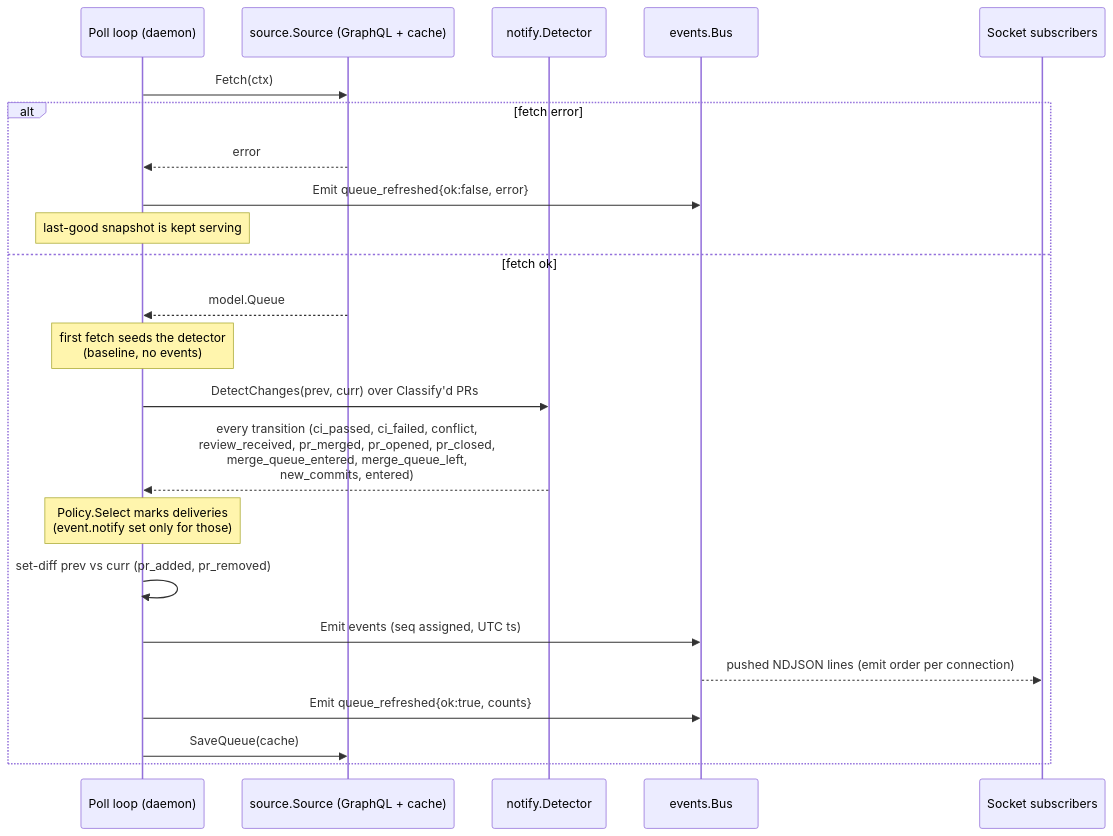
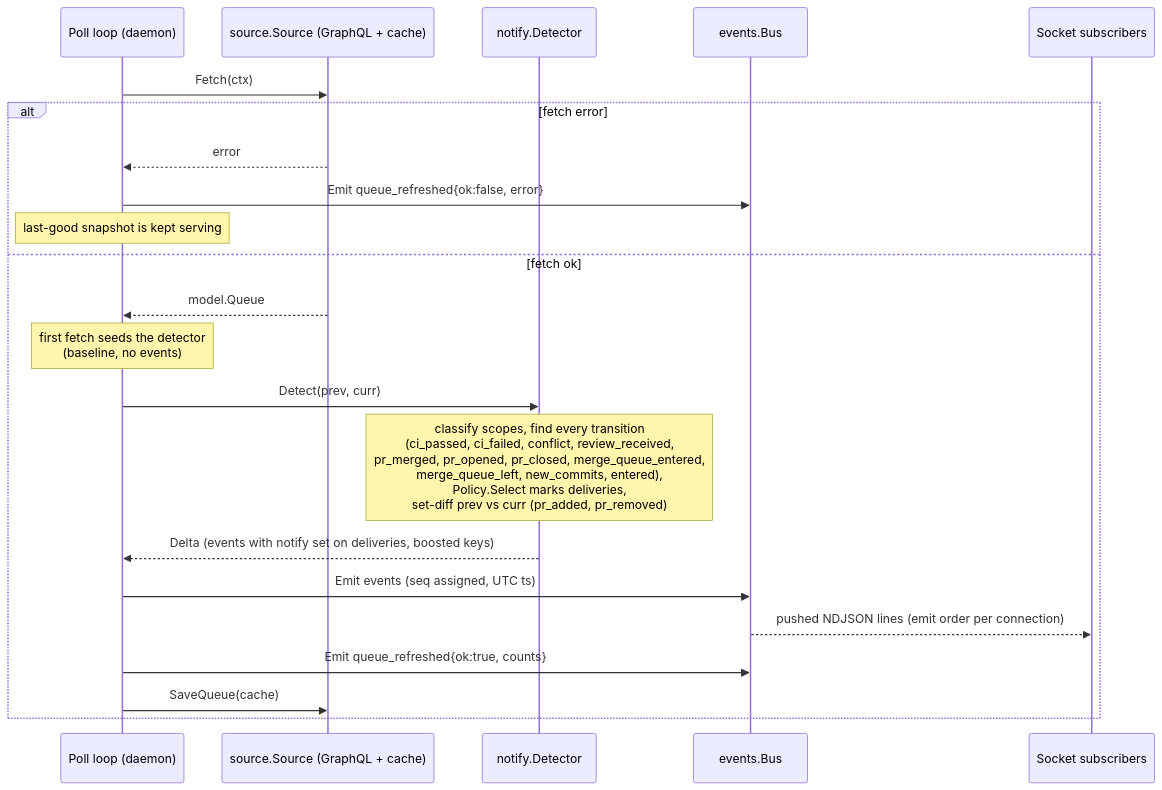
One commit to kalverra/pronto changed the second of 2 diagrams in docs/architecture.md. Above: the diagram before and after it, drawn with Mermaid. The commit also changed other lines of this file and 1 other file, not shown here.

First line of the commit message:
docs: update architecture and add glossary for post-refactor design

````diff
--- a/docs/architecture.md
+++ b/docs/architecture.md
@@ -160,26 +167,25 @@
 ```mermaid
 sequenceDiagram
     participant L as Poll loop (daemon)
     participant S as source.Source (GraphQL + cache)
     participant D as notify.Detector
     participant B as events.Bus
     participant C as Socket subscribers
 
     L->>S: Fetch(ctx)
     alt fetch error
         S-->>L: error
         L->>B: Emit queue_refreshed{ok:false, error}
         Note over L: last-good snapshot is kept serving
     else fetch ok
         S-->>L: model.Queue
         Note over L: first fetch seeds the detector<br/>(baseline, no events)
-        L->>D: DetectChanges(prev, curr) over Classify'd PRs
-        D-->>L: every transition (ci_passed, ci_failed, conflict,<br/>review_received, pr_merged, pr_opened, pr_closed,<br/>merge_queue_entered, merge_queue_left,<br/>new_commits, entered)
-        Note over L: Policy.Select marks deliveries<br/>(event.notify set only for those)
-        L->>L: set-diff prev vs curr (pr_added, pr_removed)
+        L->>D: Detect(prev, curr)
+        Note over D: classify scopes, find every transition<br/>(ci_passed, ci_failed, conflict, review_received,<br/>pr_merged, pr_opened, pr_closed, merge_queue_entered,<br/>merge_queue_left, new_commits, entered),<br/>Policy.Select marks deliveries,<br/>set-diff prev vs curr (pr_added, pr_removed)
+        D-->>L: Delta (events with notify set on deliveries, boosted keys)
         L->>B: Emit events (seq assigned, UTC ts)
         B-->>C: pushed NDJSON lines (emit order per connection)
         L->>B: Emit queue_refreshed{ok:true, counts}
         L->>S: SaveQueue(cache)
     end
 ```
````
